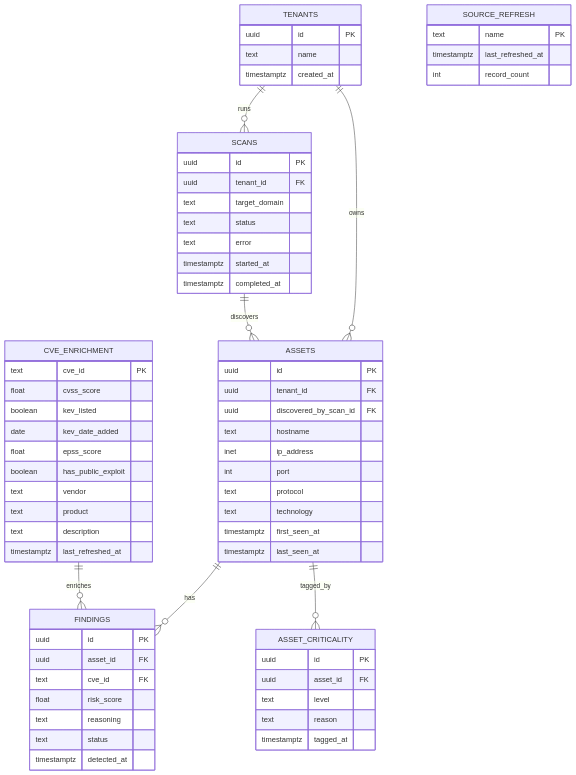
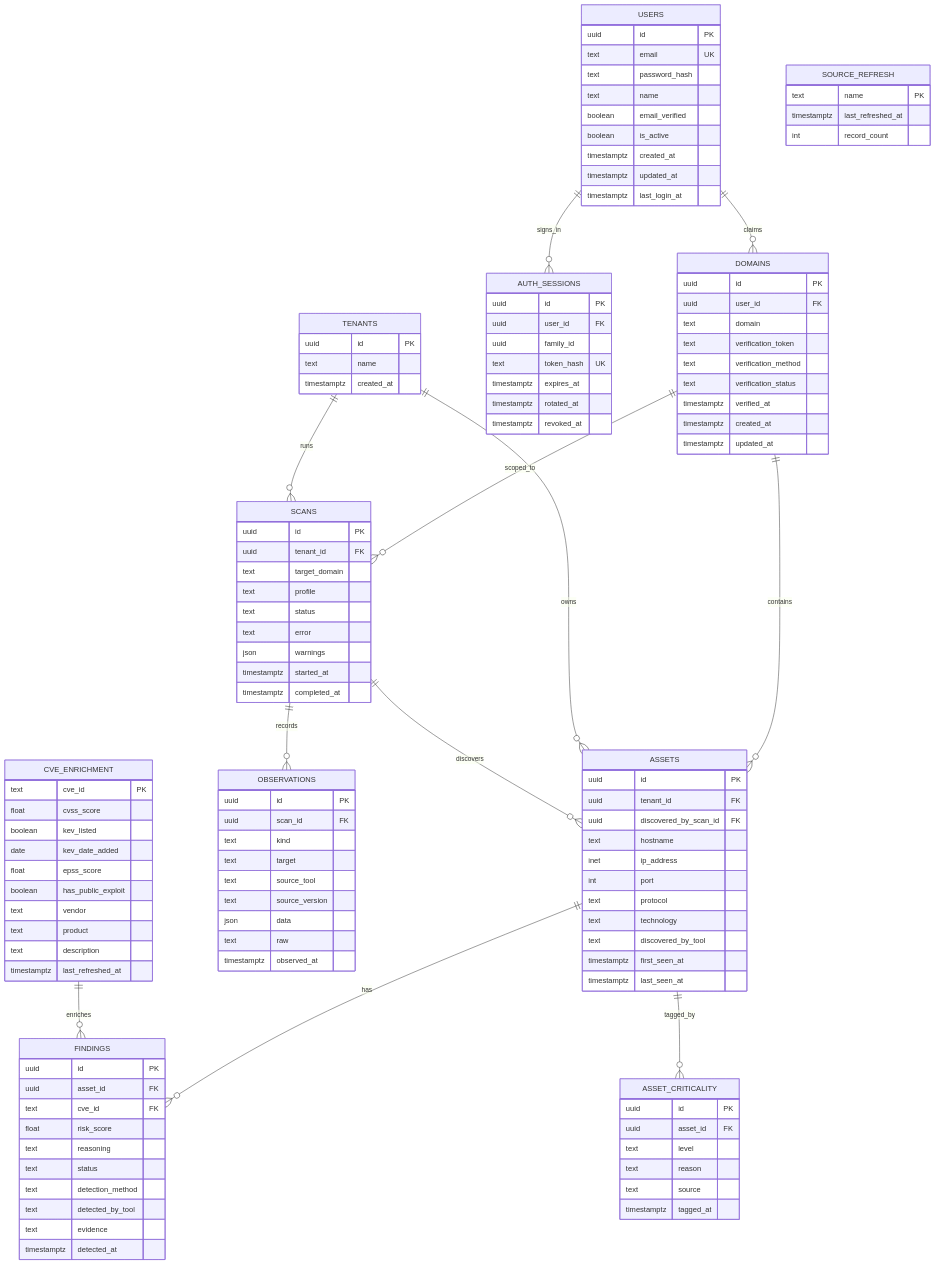
One commit to shivambhadane/cerberus changed the diagram in docs/DATABASE_SCHEMA.md. Above: the diagram before and after it, drawn with Mermaid. The commit also changed other lines of this file and 8 other files, not shown here.

Commit message:
Document the API, schema, deployment, validation and code map

````diff
--- a/docs/DATABASE_SCHEMA.md
+++ b/docs/DATABASE_SCHEMA.md
@@ -14,8 +15,13 @@
 ```mermaid
 erDiagram
+    USERS ||--o{ DOMAINS : claims
+    USERS ||--o{ AUTH_SESSIONS : signs_in
+    DOMAINS ||--o{ SCANS : scoped_to
+    DOMAINS ||--o{ ASSETS : contains
     TENANTS ||--o{ SCANS : runs
     TENANTS ||--o{ ASSETS : owns
     SCANS ||--o{ ASSETS : discovers
+    SCANS ||--o{ OBSERVATIONS : records
     ASSETS ||--o{ FINDINGS : has
     CVE_ENRICHMENT ||--o{ FINDINGS : enriches
     ASSETS ||--o{ ASSET_CRITICALITY : tagged_by
@@ -26,12 +32,48 @@
         timestamptz created_at
     }
 
+    USERS {
+        uuid id PK
+        text email UK
+        text password_hash
+        text name
+        boolean email_verified
+        boolean is_active
+        timestamptz created_at
+        timestamptz updated_at
+        timestamptz last_login_at
+    }
+
+    AUTH_SESSIONS {
+        uuid id PK
+        uuid user_id FK
+        uuid family_id
+        text token_hash UK
+        timestamptz expires_at
+        timestamptz rotated_at
+        timestamptz revoked_at
+    }
+
+    DOMAINS {
+        uuid id PK
+        uuid user_id FK
+        text domain
+        text verification_token
+        text verification_method
+        text verification_status
+        timestamptz verified_at
+        timestamptz created_at
+        timestamptz updated_at
+    }
+
     SCANS {
         uuid id PK
         uuid tenant_id FK
         text target_domain
+        text profile
         text status
         text error
+        json warnings
         timestamptz started_at
         timestamptz completed_at
     }
@@ -45,6 +87,7 @@
         int port
         text protocol
         text technology
+        text discovered_by_tool
         timestamptz first_seen_at
         timestamptz last_seen_at
     }
@@ -54,6 +97,7 @@
         uuid asset_id FK
         text level
         text reason
+        text source
         timestamptz tagged_at
     }
 
@@ -83,6 +127,21 @@
         float risk_score
         text reasoning
         text status
+        text detection_method
+        text detected_by_tool
+        text evidence
         timestamptz detected_at
     }
+
+    OBSERVATIONS {
+        uuid id PK
+        uuid scan_id FK
+        text kind
+        text target
+        text source_tool
+        text source_version
+        json data
+        text raw
+        timestamptz observed_at
+    }
 ```
````
